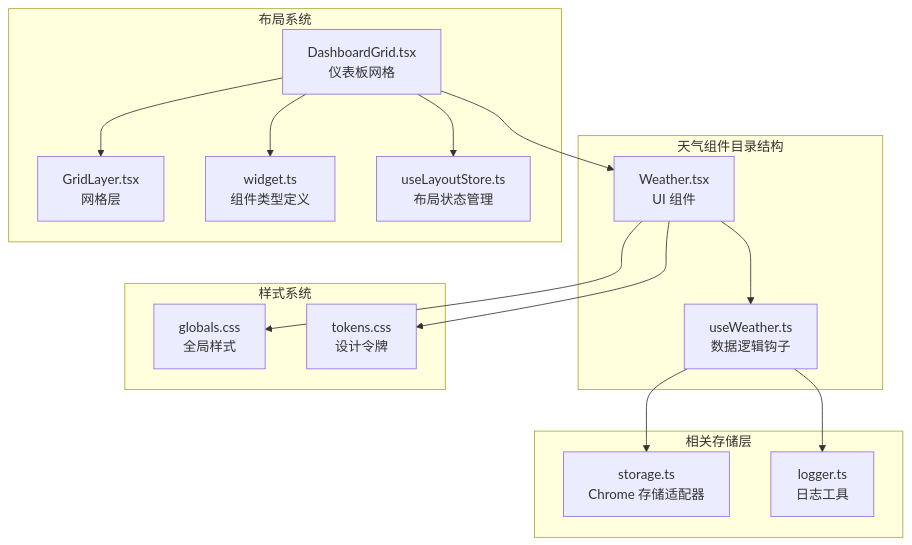
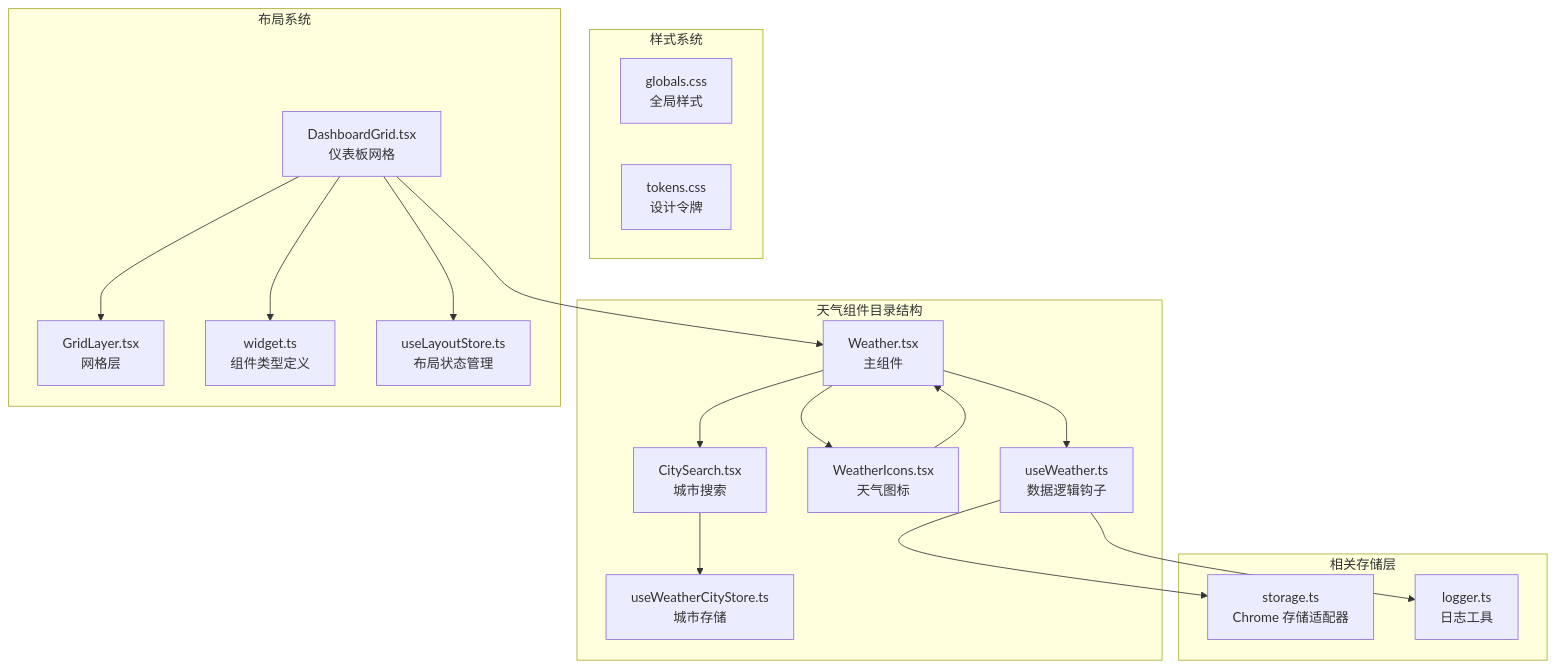
Before and after one commit to Zy0913/xtab: the first of 9 diagrams in .qoder/repowiki/zh/content/核心功能模块/天气组件.md, drawn with Mermaid. The commit also changed other lines of this file and 15 other files, not shown here.

````diff
--- a/.qoder/repowiki/zh/content/核心功能模块/天气组件.md
+++ b/.qoder/repowiki/zh/content/核心功能模块/天气组件.md
@@ -52,30 +58,35 @@
 ```mermaid
 graph TB
 subgraph "天气组件目录结构"
-WeatherTSX["Weather.tsx<br/>UI 组件"]
+WeatherTSX["Weather.tsx<br/>主组件"]
+CitySearchTSX["CitySearch.tsx<br/>城市搜索"]
+WeatherIconsTSX["WeatherIcons.tsx<br/>天气图标"]
 UseWeatherTS["useWeather.ts<br/>数据逻辑钩子"]
+UseWeatherCityStoreTS["useWeatherCityStore.ts<br/>城市存储"]
 end
 subgraph "样式系统"
 GlobalsCSS["globals.css<br/>全局样式"]
 TokensCSS["tokens.css<br/>设计令牌"]
 end
 subgraph "相关存储层"
 StorageTS["storage.ts<br/>Chrome 存储适配器"]
 LoggerTS["logger.ts<br/>日志工具"]
 end
 subgraph "布局系统"
 DashboardGridTSX["DashboardGrid.tsx<br/>仪表板网格"]
 GridLayerTSX["GridLayer.tsx<br/>网格层"]
 WidgetTS["widget.ts<br/>组件类型定义"]
 LayoutStoreTS["useLayoutStore.ts<br/>布局状态管理"]
 end
+WeatherTSX --> CitySearchTSX
+WeatherTSX --> WeatherIconsTSX
 WeatherTSX --> UseWeatherTS
-WeatherTSX --> GlobalsCSS
-WeatherTSX --> TokensCSS
+CitySearchTSX --> UseWeatherCityStoreTS
+WeatherIconsTSX --> WeatherTSX
 UseWeatherTS --> StorageTS
 UseWeatherTS --> LoggerTS
 DashboardGridTSX --> WeatherTSX
 DashboardGridTSX --> GridLayerTSX
 DashboardGridTSX --> WidgetTS
 DashboardGridTSX --> LayoutStoreTS
 ```
````
